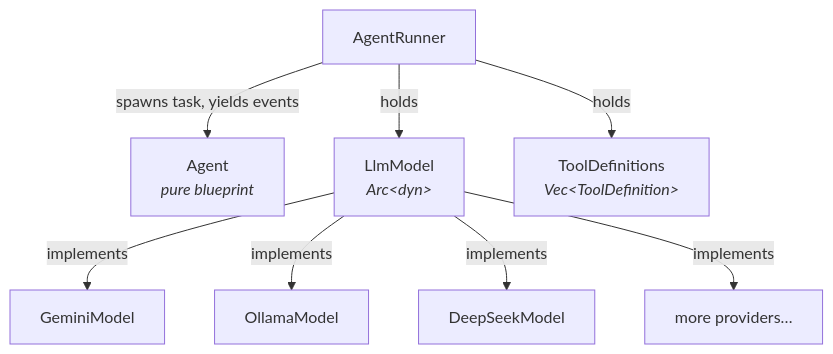
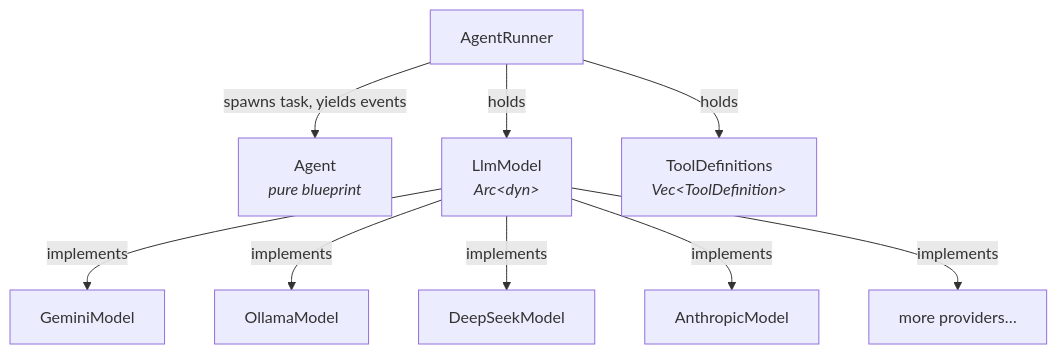
The diagram in README.md (andreban/agent-rig), drawn with Mermaid before and after one commit. The commit also changed other lines of this file and 11 other files, not shown here.

````diff
--- a/README.md
+++ b/README.md
@@ -501,10 +520,11 @@
 ```mermaid
 graph TD
     AR[AgentRunner] -->|spawns task, yields events| A[Agent<br/><i>pure blueprint</i>]
     AR -->|holds| LM[LlmModel<br/><i>Arc&lt;dyn&gt;</i>]
     AR -->|holds| TD[ToolDefinitions<br/><i>Vec&lt;ToolDefinition&gt;</i>]
     LM -->|implements| GM[GeminiModel]
     LM -->|implements| OM[OllamaModel]
     LM -->|implements| DM[DeepSeekModel]
+    LM -->|implements| AM[AnthropicModel]
     LM -->|implements| MORE[more providers…]
 ```
````
